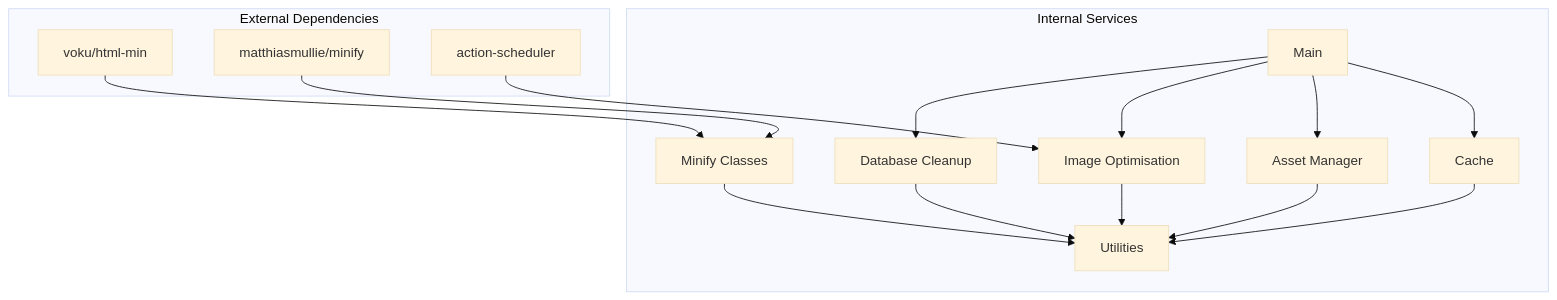
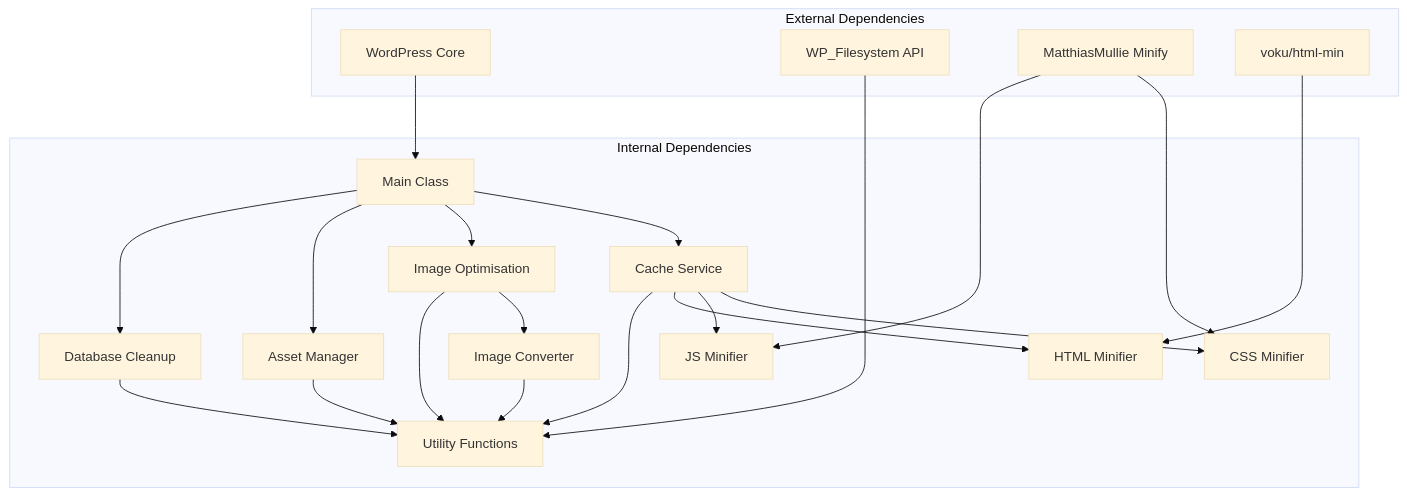
One commit to nilesh32236/performance-optimisation changed the eighth of 8 diagrams in .qoder/repowiki/en/content/Core Architecture/Service Layer Architecture/Service Layer Architecture.md. Above: the diagram before and after it, drawn with Mermaid (base theme). The commit also changed other lines of this file and 46 other files, not shown here.

````diff
--- a/.qoder/repowiki/en/content/Core Architecture/Service Layer Architecture/Service Layer Architecture.md
+++ b/.qoder/repowiki/en/content/Core Architecture/Service Layer Architecture/Service Layer Architecture.md
@@ -441,29 +414,39 @@
 ```mermaid
 graph TB
 subgraph "External Dependencies"
-A[voku/html-min]
-B[matthiasmullie/minify]
-C[action-scheduler]
+WP[WordPress Core]
+FS[WP_Filesystem API]
+MM[MatthiasMullie Minify]
+Voku[voku/html-min]
 end
-subgraph "Internal Services"
-D[Main]
-E[Cache]
-F[Asset Manager]
-G[Image Optimisation]
-H[Database Cleanup]
-I[Minify Classes]
-J[Utilities]
+subgraph "Internal Dependencies"
+Main[Main Class]
+Cache[Cache Service]
+Image[Image Optimisation]
+Asset[Asset Manager]
+DB[Database Cleanup]
+ImgConv[Image Converter]
+CSSMin[CSS Minifier]
+JSMin[JS Minifier]
+HTMLMin[HTML Minifier]
+Util[Utility Functions]
 end
-A --> I
-B --> I
-C --> G
-D --> E
-D --> F
-D --> G
-D --> H
-E --> J
-F --> J
-G --> J
-H --> J
-I --> J
+WP --> Main
+FS --> Util
+MM --> CSSMin
+MM --> JSMin
+Voku --> HTMLMin
+Main --> Cache
+Main --> Image
+Main --> Asset
+Main --> DB
+Cache --> CSSMin
+Cache --> JSMin
+Cache --> HTMLMin
+Cache --> Util
+Image --> ImgConv
+Image --> Util
+Asset --> Util
+DB --> Util
+ImgConv --> Util
 ```
````
